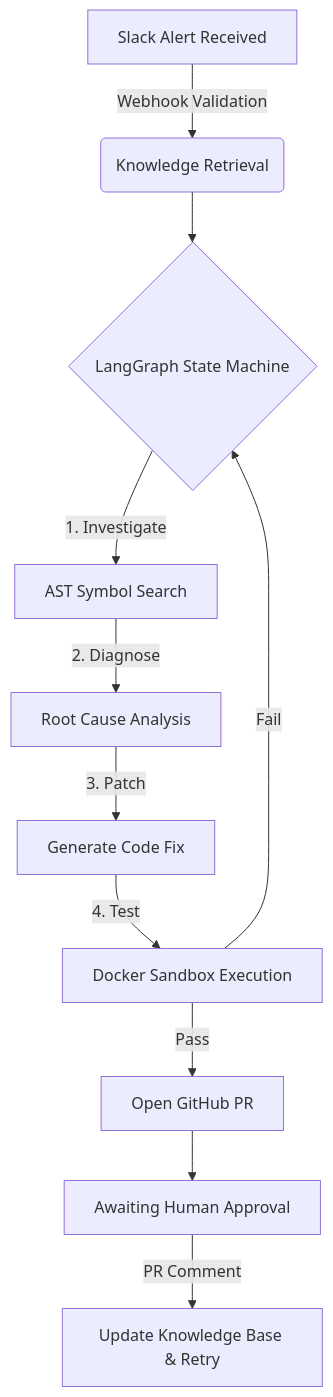
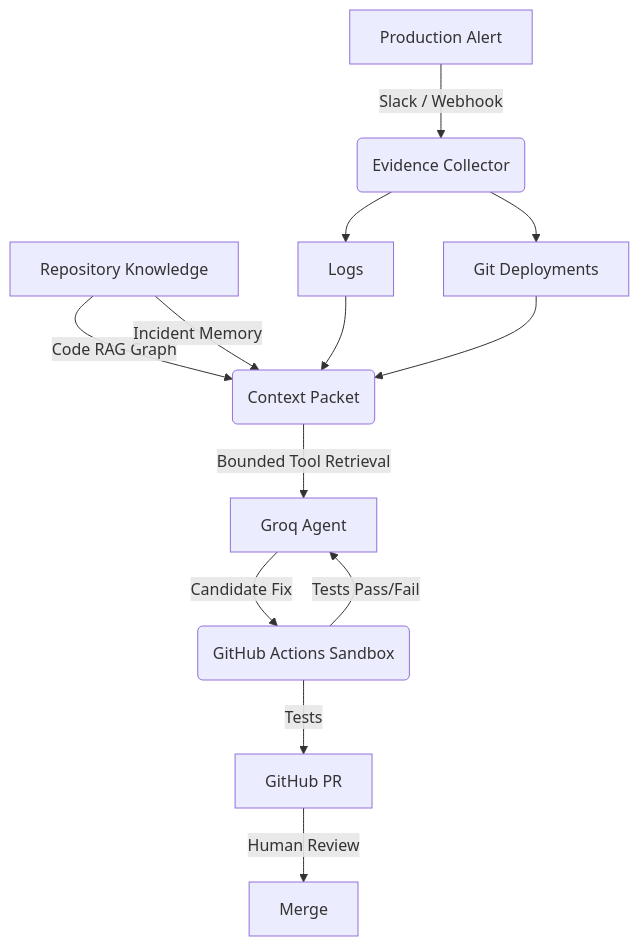
The diagram in README.md (krishna3006b/incident-pilot-agent), drawn with Mermaid before and after one commit. The commit also changed other lines of this file, not shown here.

Commit message:
docs: overhaul README to reflect mature architecture

````diff
--- a/README.md
+++ b/README.md
@@ -33,13 +29,19 @@
 ```mermaid
-graph TD
-    A[Slack Alert Received] -->|Webhook Validation| B(Knowledge Retrieval)
-    B --> C{LangGraph State Machine}
-    C -->|1. Investigate| D[AST Symbol Search]
-    D -->|2. Diagnose| E[Root Cause Analysis]
-    E -->|3. Patch| F[Generate Code Fix]
-    F -->|4. Test| G[Docker Sandbox Execution]
-    G -->|Pass| H[Open GitHub PR]
-    G -->|Fail| C
-    H --> I[Awaiting Human Approval]
-    I -->|PR Comment| J[Update Knowledge Base & Retry]
+flowchart TD
+    A[Production Alert] -->|Slack / Webhook| B(Evidence Collector)
+    B --> C[Logs]
+    B --> D[Git Deployments]
+    
+    K[Repository Knowledge] -->|Code RAG Graph| P
+    K -->|Incident Memory| P
+    
+    C --> P(Context Packet)
+    D --> P
+    
+    P -->|Bounded Tool Retrieval| G[Groq Agent]
+    G -->|Candidate Fix| S(GitHub Actions Sandbox)
+    S -->|Tests Pass/Fail| G
+    
+    S -->|Tests| PR[GitHub PR]
+    PR -->|Human Review| H[Merge]
 ```
````
